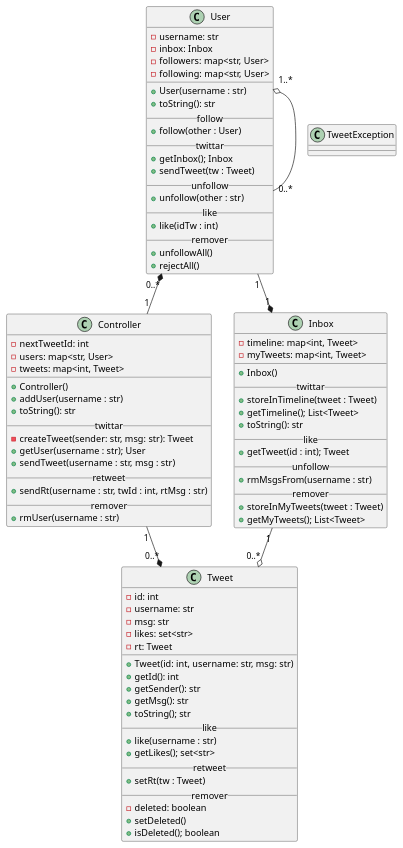
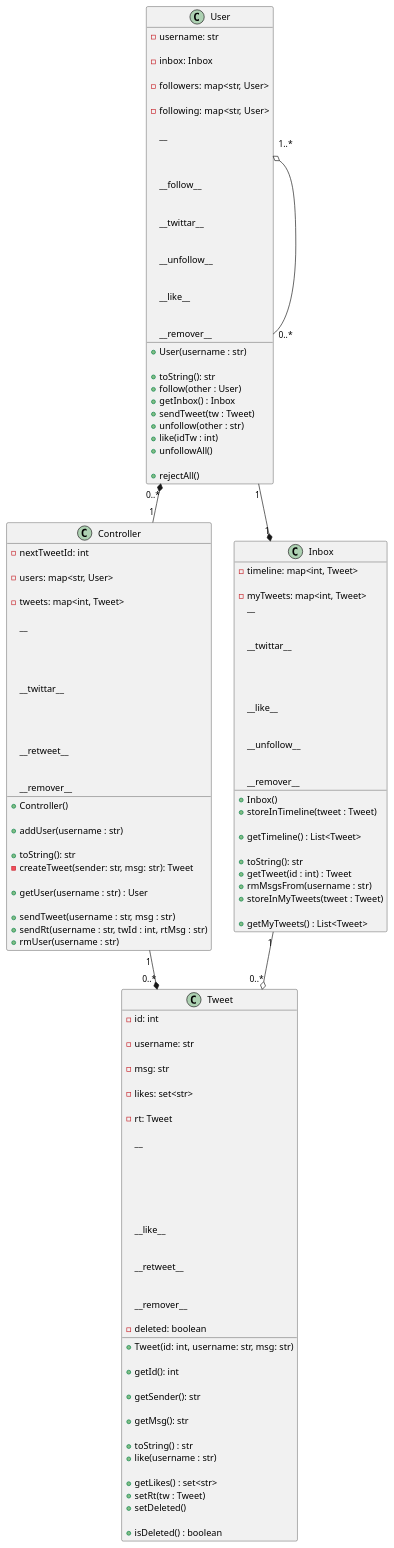
One commit to qxcodepoo/arcade changed the diagram in base/025/.cache/Readme.md. Above: the diagram before and after it, drawn with PlantUML. The commit also changed other lines of this file and 12 other files, not shown here.

````diff
--- a/base/025/.cache/Readme.md
+++ b/base/025/.cache/Readme.md
@@ -260,233 +261,234 @@
 ```plantuml
-@startuml
-skinparam defaultFontName "JetBrains Mono Medium"
-class TweetException {
-    '
-}
+
 class Tweet {
-    '
+    
     - id: int
-    '
+    
     - username: str
-    '
+    
     - msg: str
-    '
+    
     ' guarda os username dos usuarios que deram like
     - likes: set<str>
-    '
+    
     ' guarda o tweet original que foi retweetado
     - rt: Tweet
-    '
+    
     __
-    '
+    
     + Tweet(id: int, username: str, msg: str)
-    '
+    
     + getId(): int
-    '
+    
     + getSender(): str
-    '
+    
     + getMsg(): str
-    '
+    
     ' retorna as informacoes do tweet
     ' no modulo de likes e retweet
     ' esse método deve ser alterado conforme requisitos
-    + toString(); str
-    '
+    + toString() : str
+    
     __like__
-    '
+    
     ' adiciona o nome do usuario na lista de likes
     + like(username : str)
-    '
+    
     ' retorna o nome dos usuarios que deram like
-    + getLikes(); set<str>
+    + getLikes() : set<str>
     '
     __retweet__
-    '
+    
     ' define que tw é o tweet original que está sendo retuitado
     ' o metodo toString deve mostrar o tweet original
     + setRt(tw : Tweet)
-    '
+    
     __remover__
-    '
+    
     ' marca se o tweet foi deletado
     - deleted: boolean
-    '
+    
     ' marca o tweet como deletado
     ' substitui o texto da mensagem por "esse tweet foi deletado"
     ' apaga o username
     ' limpa a lista de likes
     + setDeleted()
-    '
+    
     ' retorna true se o tweet foi deletado
-    + isDeleted(); boolean
+    + isDeleted() : boolean
     '
 }
+
 class Inbox {
-    '
+    
     - timeline: map<int, Tweet>
-    '
+    
     - myTweets: map<int, Tweet>
     '
     __
-    '
+    
     + Inbox()
-    '
+    
     __twittar__
-    '
+    
     ' adiciona um tweet na timeline
     + storeInTimeline(tweet : Tweet)
-    '
+    
     ' retornam todos os tweets da timeline que não estiverem deletados
     ' os tweets mais recentes devem ficar primeiro na lista
-    + getTimeline(); List<Tweet>
-    '
+    + getTimeline() : List<Tweet>
+    
     ' retorna a timeline do usuario
     + toString(): str
-    '
+    
     __like__
-    '
+    
     ' obtem e retorna o tweet com o id passado da timeline
     ' ou dispara uma exceção se ele não existir
-    + getTweet(id : int); Tweet
-    '
+    + getTweet(id : int) : Tweet
+    
     __unfollow__
-    '
+    
     ' remove todos os tweets emitidos por esse usuario da sua timeline
     ' quando alguem deixa de seguir um usario, apaga todos os tweets 
     ' dele na sua timeline
     + rmMsgsFrom(username : str)
-    '
+    
     __remover__
-    '
+    
     ' adiciona um tweet no myTweets do usuario
     + storeInMyTweets(tweet : Tweet)
-    '
+    
     ' retorna todos os tweets emitidos pelo usuario
-    + getMyTweets(); List<Tweet>
+    + getMyTweets() : List<Tweet>
     '
 }
+
 class User {
-    '
+    
     - username: str
-    '
+    
     - inbox: Inbox
-    '
+    
     - followers: map<str, User>
-    '
+    
     - following: map<str, User>
-    '
+    
     __
-    '
+    
     + User(username : str)
-    '
+    
     ' mostra o nome dos seguidos e o nome dos seguires
     + toString(): str
-    '
+    
     __follow__
-    '
+    
     ' voce não pode seguir a voce mesmo
     ' se ainda nao estiver seguindo o usuario other
     '   adiciona other na lista de seguidos
     '   adiciona voce na lista de seguidores de other
     + follow(other : User)
-    '
+    
     __twittar__
-    '
-    + getInbox(); Inbox
+    
+    + getInbox() : Inbox
     '
     ' coloca o tw no myTweets do usuario
     ' coloca o tw na timeline do usuario
     ' coloca o tw na timeline de todos os seguidores do usuario
     + sendTweet(tw : Tweet)
-    '
+    
     __unfollow__
-    '
+    
     ' se estiver seguindo esse username
     '   obtenha o objeto User correspondente na sua lista de seguidos
     '   remova ele da sua lista de seguidos
     '   remova todas as mensagens dele da sua timeline utilizando o metodo inbox.rmMsgsFrom(username)
     '   se remova da lista de seguidores dele
     + unfollow(other : str)
-    '
+    
     __like__
-    '
+    
     ' recupera o tweet com esse id da timeline do usuario
     ' invoca o método like do tweet
     + like(idTw : int)
-    '
+    
     __remover__
-    '
+    
     ' remove todos os seus seguidos
     ' se removendo também da lista de seguidores deles
     + unfollowAll()
-    '
+    
     ' remove todos os seus seguidores
     ' se removendo também da lista de seguidos deles
     + rejectAll()
     '
 }
+
 class Controller {
-    '
+    
     ' armazena o id para o proximo tweet a ser criado
     - nextTweetId: int
-    '
+    
     ' armazena todos os usuarios do sistema
     - users: map<str, User>
-    '
+    
     ' armazena todos os tweets do sistema
     - tweets: map<int, Tweet>
-    '
+    
     __
-    '
+    
     + Controller()
-    '
+    
     ' se nao existe um usuario com esse username
     ' cria o usuario e armazena no mapa de usuarios
     + addUser(username : str)
-    '
+    
     ' imprime todos os objetos usuarios do sistema
     + toString(): str
-    '
+    
     __twittar__
-    '
+    
     ' cria um novo objeto tweet com os dados passado
     ' utiliza o atributo nextTwId para gerar o id do tweet
     ' incrementa o atributo nextTwId
     ' armazena esse tweet no mapa de tweets
     ' retorna a referencia para o tweet criado
     - createTweet(sender: str, msg: str): Tweet
-    '
+    
     ' retorna uma referencia para o objeto do usuario com esse username
     ' dispara uma excecao se o usuario nao existir
-    + getUser(username : str); User
-    '
+    + getUser(username : str) : User
+
     ' utiliza this.getUser para recuperar o objeto do usuario
     ' cria o tweet utilizando o this.createTweet e chama
     ' user.sendTweet(tweet) para entrega dos tweets nas timelines
     + sendTweet(username : str, msg : str)
-    '
+    
     __retweet__
-    '
+    
     ' recupera o user utilizando o this.getUser
     ' recupera o tweet original utilizando o user.getTweet
     ' cria um novo tweet com o tweet original e os outros parametros
     ' invoca user.sendTweet(tweet) para entrega dos tweets nas timelines
     + sendRt(username : str, twId : int, rtMsg : str)
-    '
+    
     __remover__
-    '
+    
     ' recupera o user utilizando o this.getUser
     ' remove todos os vínculos de seguidos e seguidores
     ' utilizando o user.unfollowAll() e user.rejectAll()
     ' marca todos os tweets de user.myTweets como deletados
     ' remove o user do mapa de usuarios
     + rmUser(username : str)
-    '
+    
 }
+
 Controller "1" -* "0..*" Tweet
 User "0..*" *- "1" Controller
 User "1..*" o-- "0..*" User
 User "1" --*  "1" Inbox
 Inbox "1" --o "0..*" Tweet
 @enduml
+
 ```
````
